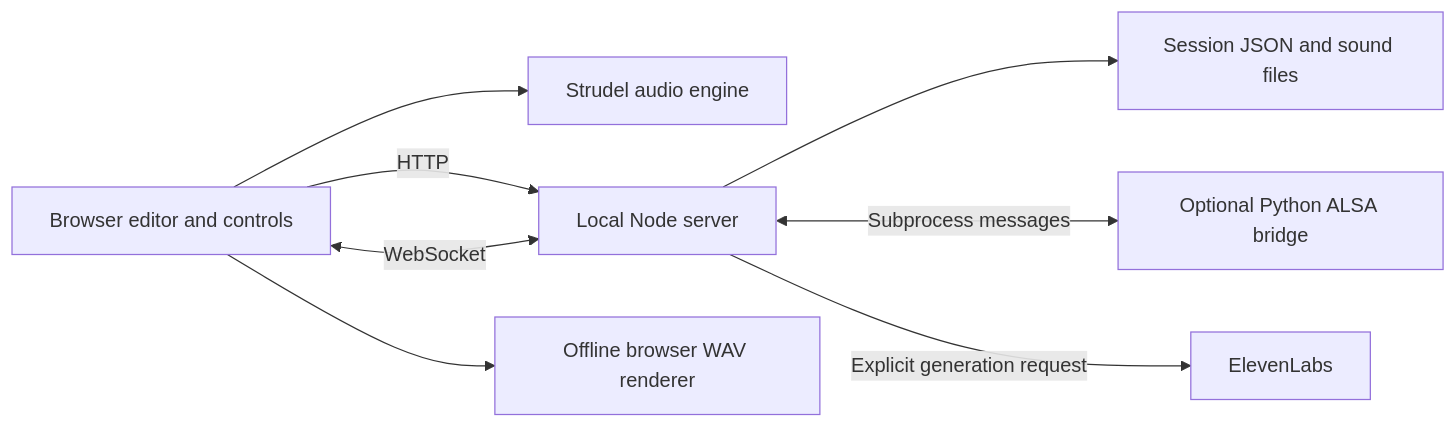
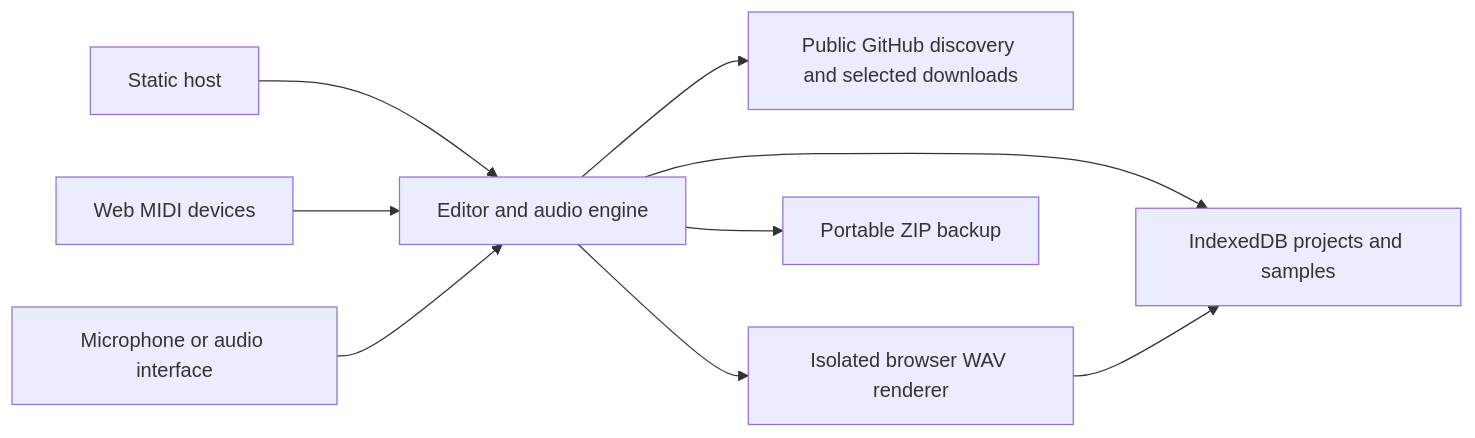
Before and after one commit to calv-io-n/strudel-studio: the diagram in docs/architecture/README.md, drawn with Mermaid. The commit also changed other lines of this file and 44 other files, not shown here.

````diff
--- a/docs/architecture/README.md
+++ b/docs/architecture/README.md
@@ -7,10 +5,11 @@
 ```mermaid
 flowchart LR
-  Editor[Browser editor and controls] --> Engine[Strudel audio engine]
-  Editor -->|HTTP| Server[Local Node server]
-  Server --> Store[Session JSON and sound files]
-  Editor <-->|WebSocket| Server
-  Server <-->|Subprocess messages| MIDI[Optional Python ALSA bridge]
-  Server -->|Explicit generation request| Provider[ElevenLabs]
-  Editor --> Renderer[Offline browser WAV renderer]
+  Host[Static host] --> Browser[Editor and audio engine]
+  Browser --> DB[IndexedDB projects and samples]
+  Browser --> GitHub[Public GitHub discovery and selected downloads]
+  MIDI[Web MIDI devices] --> Browser
+  Input[Microphone or audio interface] --> Browser
+  Browser --> Renderer[Isolated browser WAV renderer]
+  Renderer --> DB
+  Browser --> Backup[Portable ZIP backup]
 ```
````
